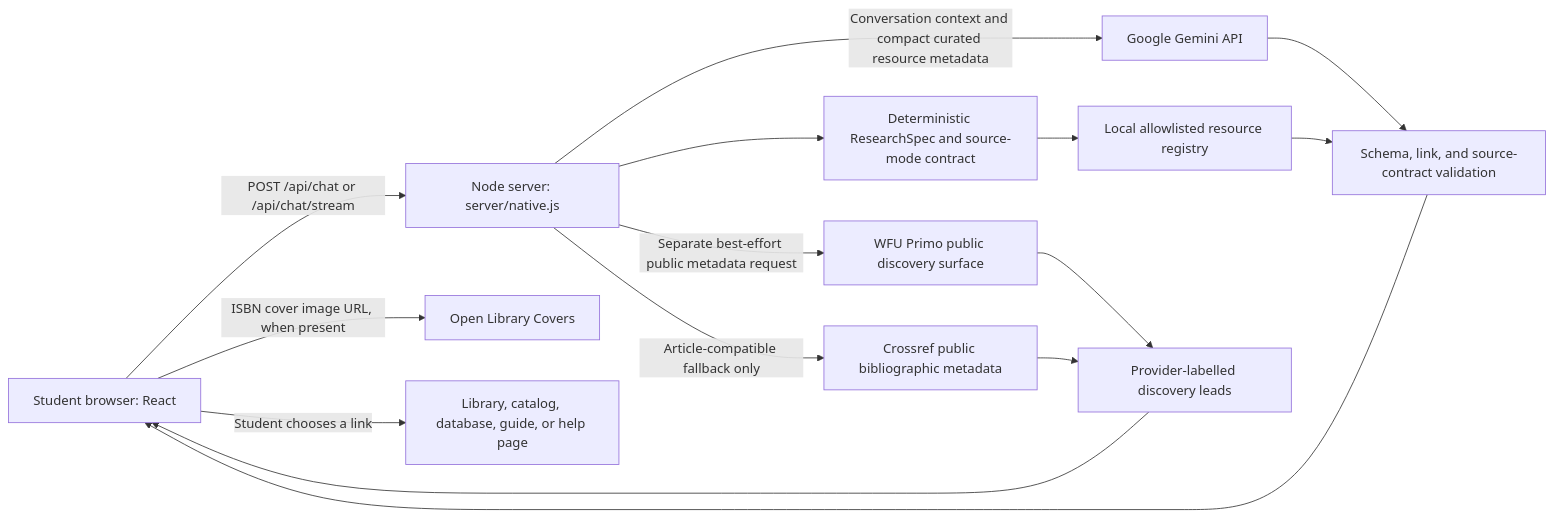
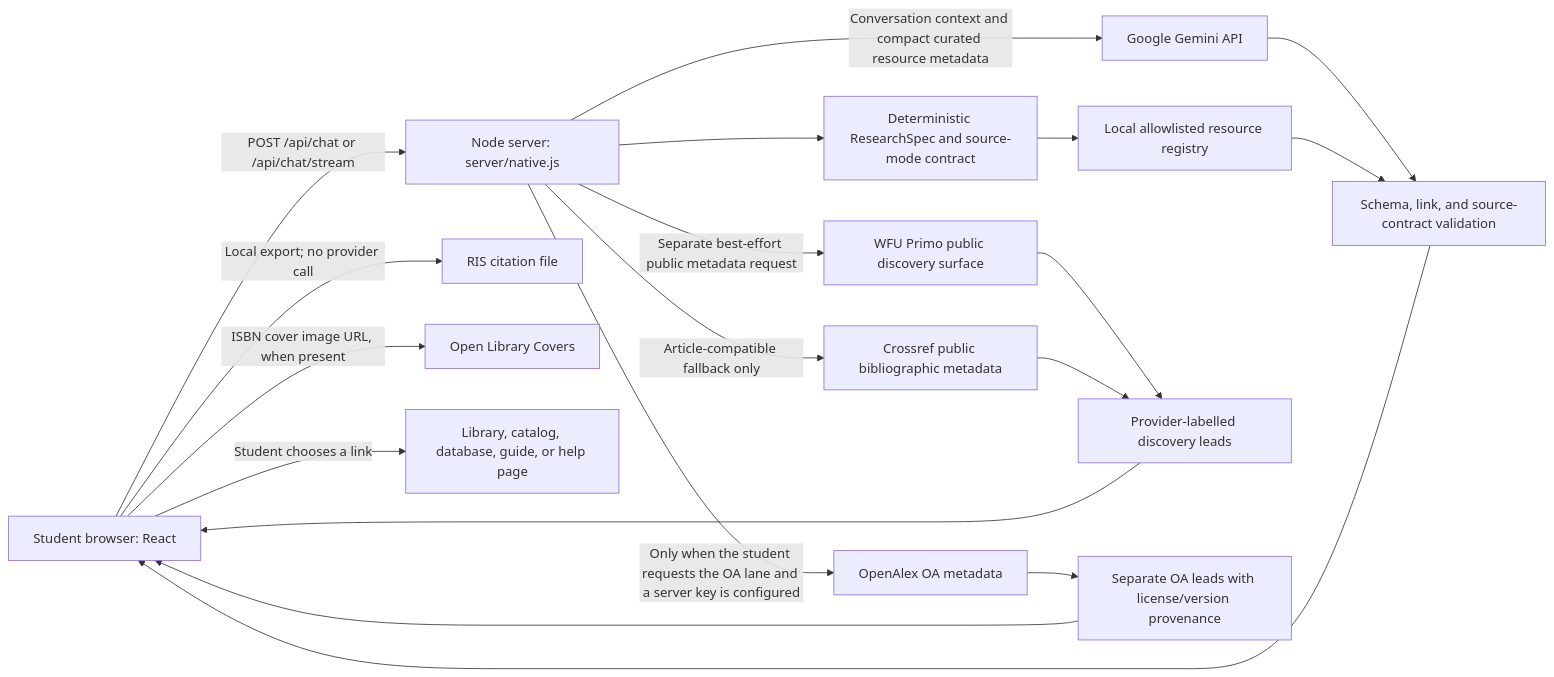
One commit to aidanoliss/ZSR-Library-AI-Research-Navigator changed the diagram in docs/architecture-summary.md. Above: the diagram before and after it, drawn with Mermaid. The commit also changed other lines of this file and 39 other files, not shown here.

````diff
--- a/docs/architecture-summary.md
+++ b/docs/architecture-summary.md
@@ -7,17 +7,21 @@
 ```mermaid
 flowchart LR
   Browser["Student browser: React"] -->|"POST /api/chat or /api/chat/stream"| Server["Node server: server/native.js"]
   Server --> Spec["Deterministic ResearchSpec and source-mode contract"]
   Spec --> Registry["Local allowlisted resource registry"]
   Server -->|"Conversation context and compact curated resource metadata"| Gemini["Google Gemini API"]
   Gemini --> Validate["Schema, link, and source-contract validation"]
   Registry --> Validate
   Server -->|"Separate best-effort public metadata request"| Primo["WFU Primo public discovery surface"]
   Server -->|"Article-compatible fallback only"| Crossref["Crossref public bibliographic metadata"]
+  Server -->|"Only when the student requests the OA lane and a server key is configured"| OpenAlex["OpenAlex OA metadata"]
   Primo --> Results["Provider-labelled discovery leads"]
   Crossref --> Results
+  OpenAlex --> OAResults["Separate OA leads with license/version provenance"]
   Validate --> Browser
   Results --> Browser
+  OAResults --> Browser
+  Browser -->|"Local export; no provider call"| RIS["RIS citation file"]
   Browser -->|"ISBN cover image URL, when present"| OpenLibrary["Open Library Covers"]
   Browser -->|"Student chooses a link"| External["Library, catalog, database, guide, or help page"]
 ```
````
